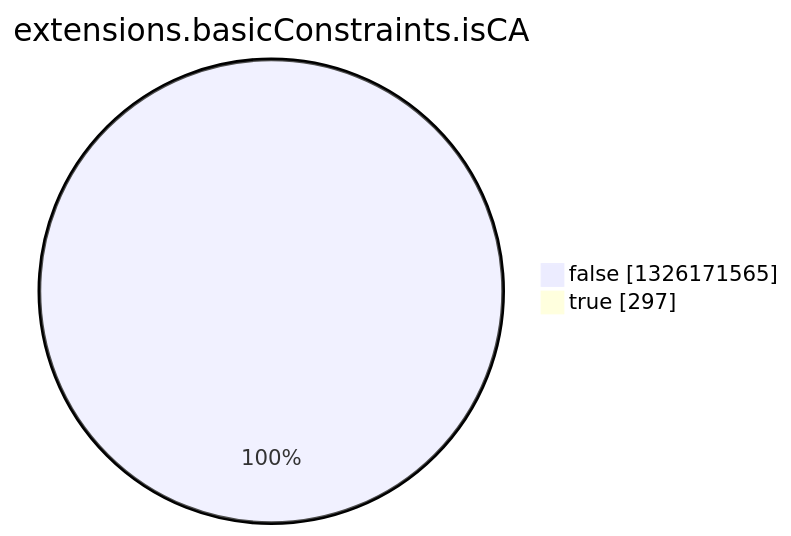
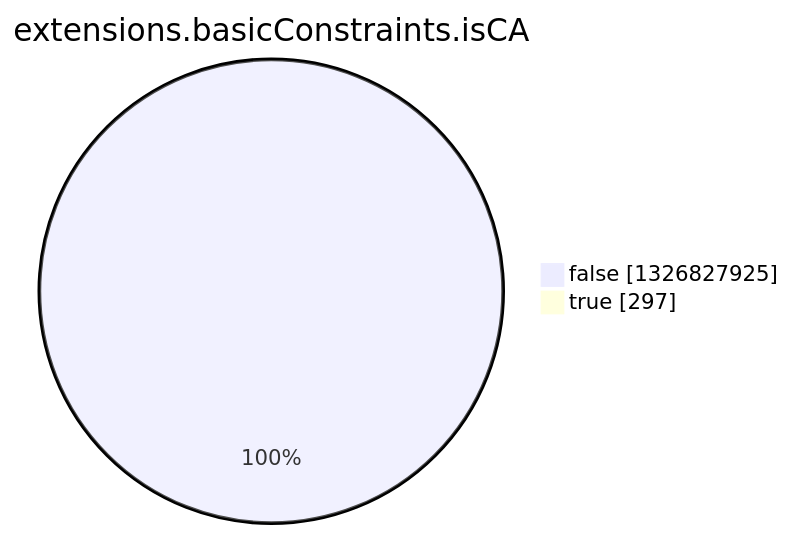
The eighth of 15 diagrams in argon2022/README.md (christiankrug/ctmonitor_visualization), drawn with Mermaid before and after one commit. The commit also changed other lines of this file, not shown here.

````diff
--- a/argon2022/README.md
+++ b/argon2022/README.md
@@ -2758,6 +2758,6 @@
 ```mermaid
 pie showData
 title extensions.basicConstraints.isCA
-"false" :1326171565
+"false" :1326827925
 "true" :297
 ```
````
